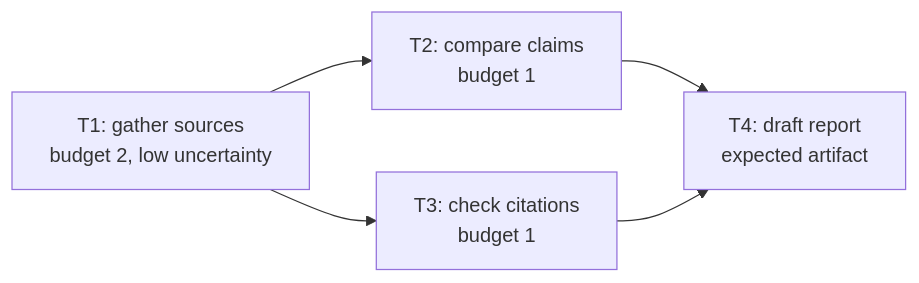
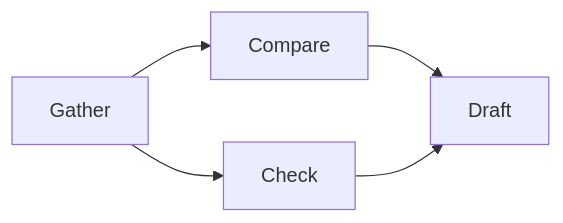
Before and after one commit to VikrantSingh01/Agentic_System_Design: the first of 3 diagrams in modules/04-reasoning-workflows-collaboration/chapters/15-planning-and-reasoning.md, drawn with Mermaid. The commit also changed other lines of this file and 2 other files, not shown here.

Commit message:
Improve Module 4 diagram accessibility

````diff
--- a/modules/04-reasoning-workflows-collaboration/chapters/15-planning-and-reasoning.md
+++ b/modules/04-reasoning-workflows-collaboration/chapters/15-planning-and-reasoning.md
@@ -47,7 +47,7 @@
 ```mermaid
 flowchart LR
-    A[T1: gather sources<br/>budget 2, low uncertainty] --> B[T2: compare claims<br/>budget 1]
-    A --> C[T3: check citations<br/>budget 1]
-    B --> D[T4: draft report<br/>expected artifact]
+    A[Gather] --> B[Compare]
+    A --> C[Check]
+    B --> D[Draft]
     C --> D
 ```
````
